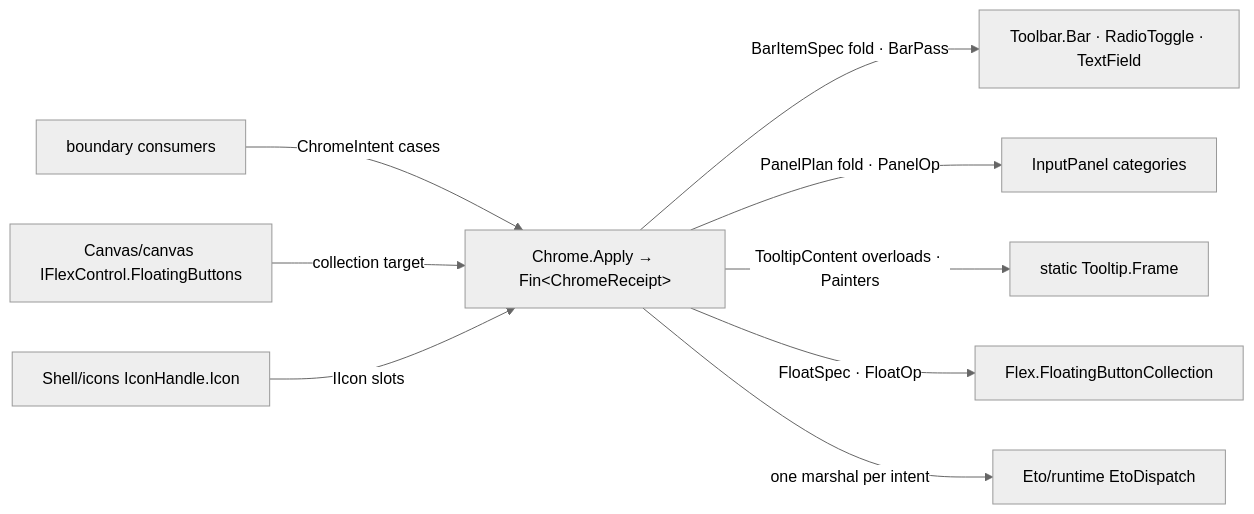
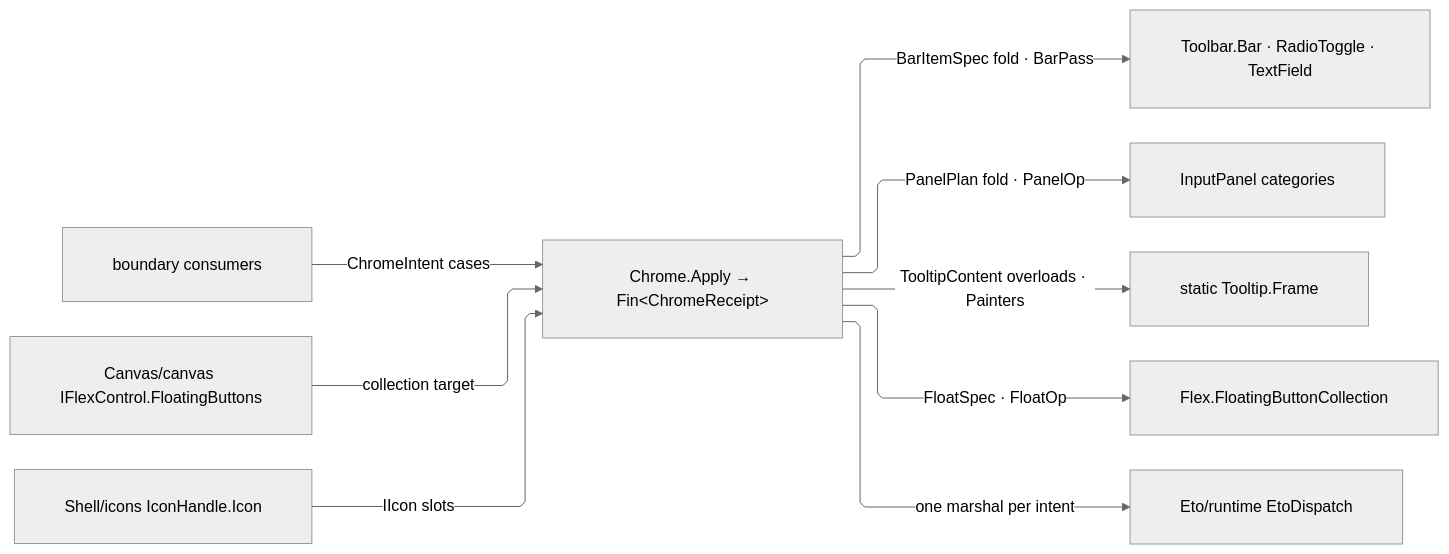
One commit to bsamiee/Rasm changed the diagram in libs/csharp/Rasm.Grasshopper/.planning/Shell/chrome.md. Above: the diagram before and after it, drawn with Mermaid (neutral theme). The commit also changed 66 other files, not shown here.

Commit message:
Pad the ELK config block onto every mermaid spec-sheet fence

````diff
--- a/libs/csharp/Rasm.Grasshopper/.planning/Shell/chrome.md
+++ b/libs/csharp/Rasm.Grasshopper/.planning/Shell/chrome.md
@@ -381,13 +381,20 @@
 ```mermaid
+---
+config:
+  layout: elk
+  flowchart:
+    curve: linear
+    padding: 25
+---
 flowchart LR
     accTitle: One chrome gate settles every family
     accDescr: Boundary consumers and the canvas float collection enter one Chrome.Apply gate that folds bar items, panel plans, tooltip content, and float verbs onto their GH2 chrome hosts, composing icon handles and marshalling once per intent through EtoDispatch.
     Consumer["boundary consumers"] -->|ChromeIntent cases| Gate["Chrome.Apply → Fin&lt;ChromeReceipt&gt;"]
     CanvasPage["Canvas/canvas IFlexControl.FloatingButtons"] -->|collection target| Gate
     Gate -->|BarItemSpec fold · BarPass| Bars["Toolbar.Bar · RadioToggle · TextField"]
     Gate -->|PanelPlan fold · PanelOp| Panel["InputPanel categories"]
     Gate -->|TooltipContent overloads · Painters| Tip["static Tooltip.Frame"]
     Gate -->|FloatSpec · FloatOp| Floats["Flex.FloatingButtonCollection"]
     Icons["Shell/icons IconHandle.Icon"] -->|IIcon slots| Gate
     Gate -->|one marshal per intent| Dispatch["Eto/runtime EtoDispatch"]
 ```
````
